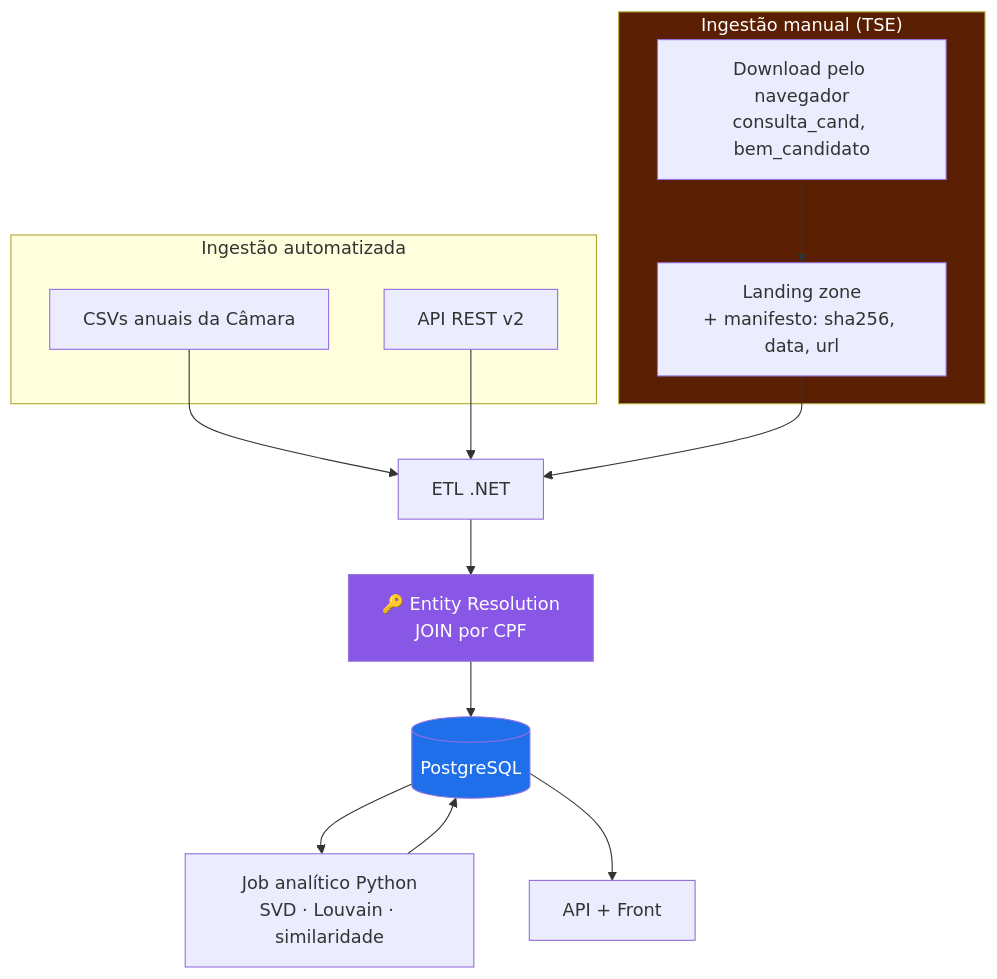
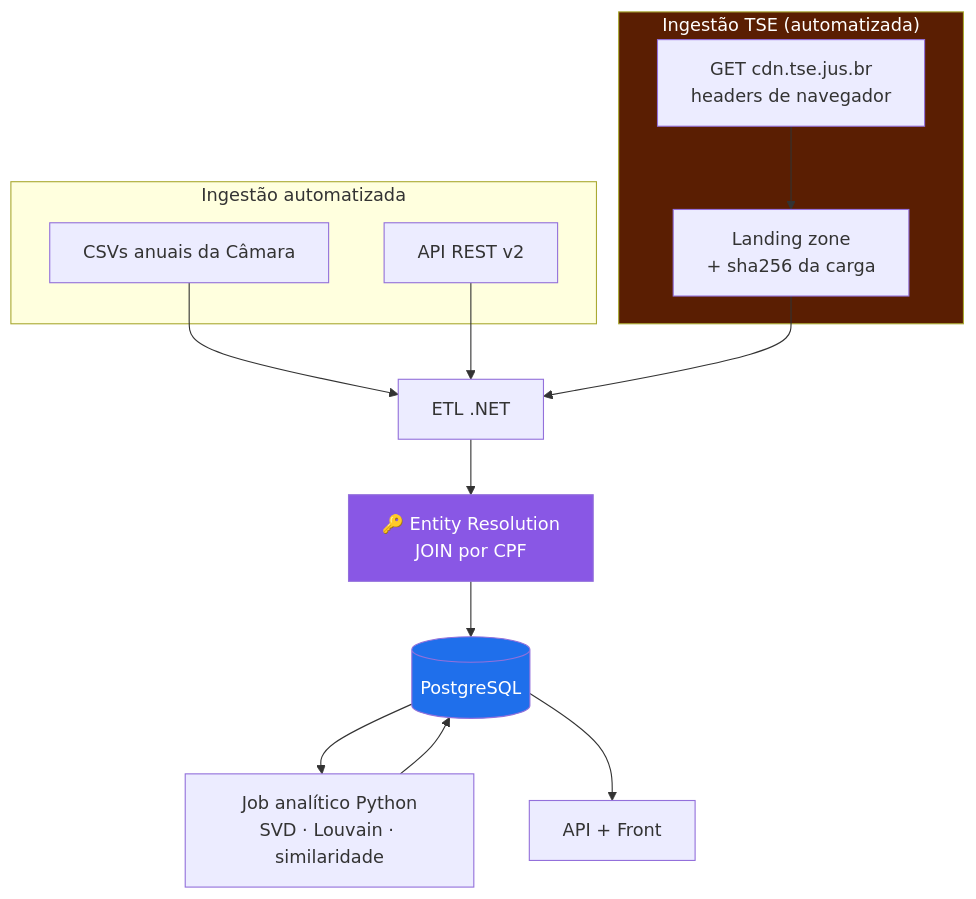
Before and after one commit to IgorLucasAssuncao/poligraph: the diagram in docs/arq/02-cenario-b-camara-tse.md, drawn with Mermaid. The commit also changed other lines of this file and 8 other files, not shown here.

````diff
--- a/docs/arq/02-cenario-b-camara-tse.md
+++ b/docs/arq/02-cenario-b-camara-tse.md
@@ -29,30 +30,30 @@
 ```mermaid
 flowchart TD
     subgraph AUTO["Ingestão automatizada"]
         CSV["CSVs anuais da Câmara"]
         API["API REST v2"]
     end
 
-    subgraph MAN["Ingestão manual (TSE)"]
-        DL["Download pelo navegador<br/>consulta_cand, bem_candidato"]
-        LZ["Landing zone<br/>+ manifesto: sha256, data, url"]
+    subgraph MAN["Ingestão TSE (automatizada)"]
+        DL["GET cdn.tse.jus.br<br/>headers de navegador"]
+        LZ["Landing zone<br/>+ sha256 da carga"]
         DL --> LZ
     end
 
     ETL["ETL .NET"]
     ER["🔑 Entity Resolution<br/>JOIN por CPF"]
     PG[("PostgreSQL")]
     ANL["Job analítico Python<br/>SVD · Louvain · similaridade"]
     WEB["API + Front"]
 
     CSV --> ETL
     API --> ETL
     LZ --> ETL
     ETL --> ER --> PG
     PG --> ANL --> PG
     PG --> WEB
 
     style MAN fill:#5a1e02,color:#fff
     style ER fill:#8957e5,color:#fff
     style PG fill:#1f6feb,color:#fff
 ```
````
